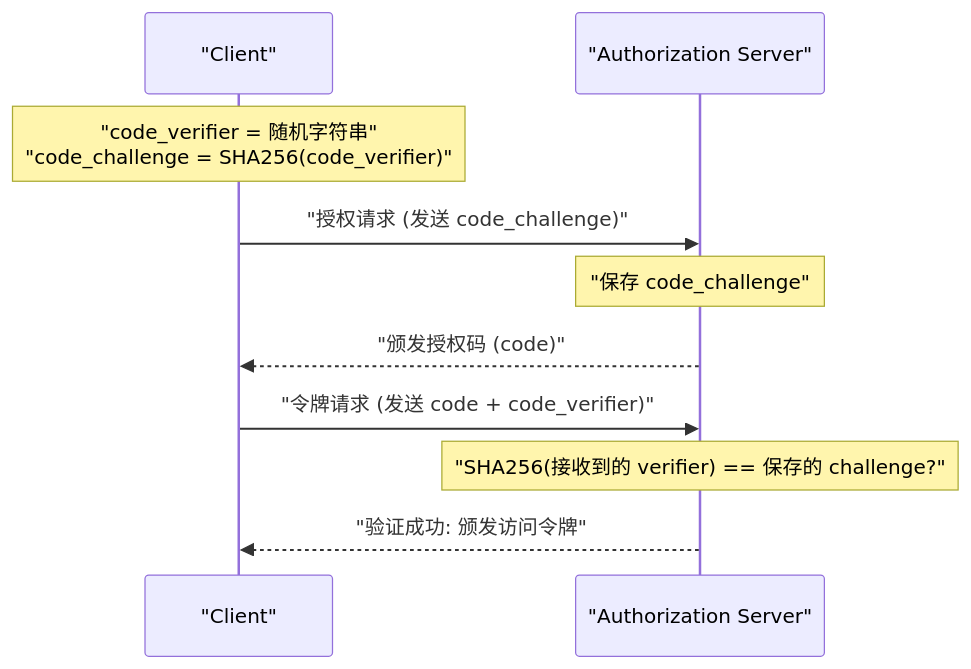
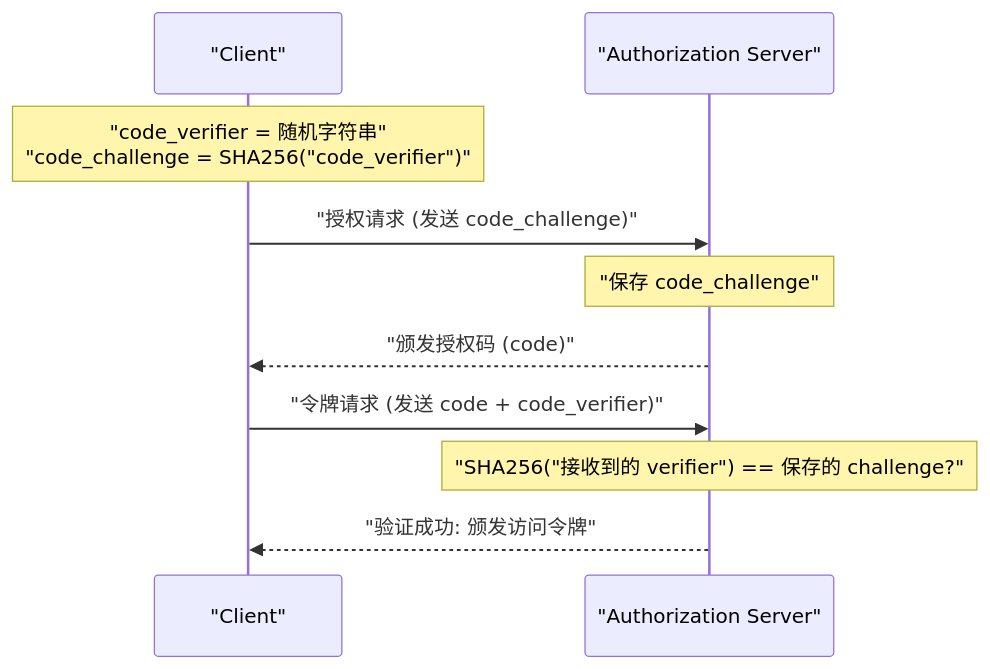
Before and after one commit to kenjinote/blog: the third of 3 diagrams in content/post/oauth2_slack_app/index.zh-cn.md, drawn with Mermaid. The commit also changed 929 other files, not shown here.

Commit message:
fix: Add double quotes to all Mermaid node texts to resolve syntax errors

````diff
--- a/content/post/oauth2_slack_app/index.zh-cn.md
+++ b/content/post/oauth2_slack_app/index.zh-cn.md
@@ -329,14 +329,14 @@
 ```mermaid
 sequenceDiagram
     participant C as "Client"
     participant AS as "Authorization Server"
     
-    Note over C: "code_verifier = 随机字符串"<br/>"code_challenge = SHA256(code_verifier)"
+    Note over C: "code_verifier = 随机字符串"<br/>"code_challenge = SHA256("code_verifier")"
     C->>AS: "授权请求 (发送 code_challenge)"
     Note over AS: "保存 code_challenge"
     AS-->>C: "颁发授权码 (code)"
     
     C->>AS: "令牌请求 (发送 code + code_verifier)"
-    Note over AS: "SHA256(接收到的 verifier) == 保存的 challenge?"
+    Note over AS: "SHA256("接收到的 verifier") == 保存的 challenge?"
     AS-->>C: "验证成功: 颁发访问令牌"
 ```
````
